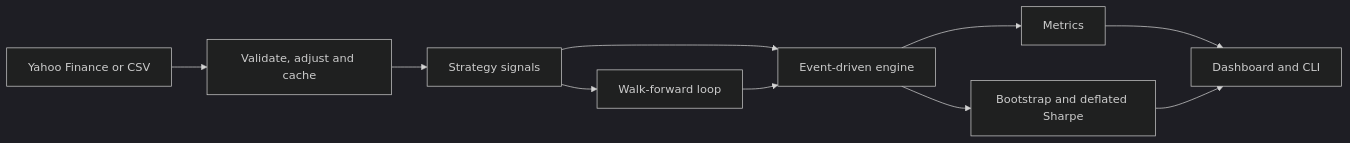
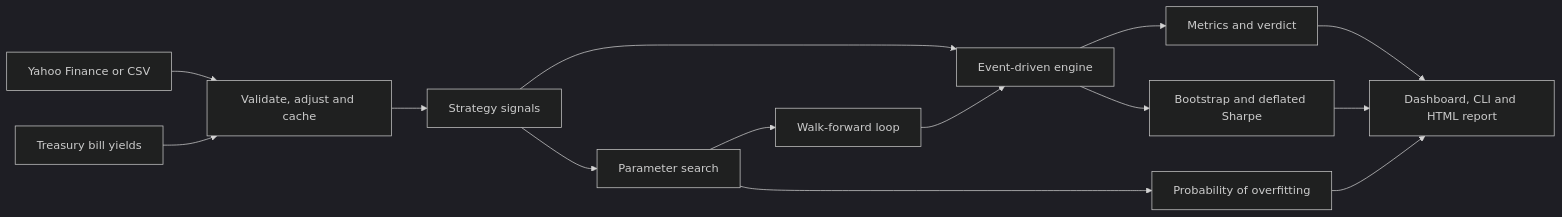
One commit to Elarionitis/TradStrat changed the diagram in README.md. Above: the diagram before and after it, drawn with Mermaid (dark theme). The commit also changed other lines of this file and 10 other files, not shown here.

First line of the commit message:
Rerun the research with Treasury bill cash and refresh the docs

````diff
--- a/README.md
+++ b/README.md
@@ -99,12 +158,16 @@
 ```mermaid
 flowchart LR
     A[Yahoo Finance or CSV] --> B[Validate, adjust and cache]
+    T[Treasury bill yields] --> B
     B --> C[Strategy signals]
     C --> D[Event-driven engine]
-    D --> E[Metrics]
+    D --> E[Metrics and verdict]
     D --> F[Bootstrap and deflated Sharpe]
-    C --> G[Walk-forward loop]
-    G --> D
-    E --> H[Dashboard and CLI]
-    F --> H
+    C --> G[Parameter search]
+    G --> H[Probability of overfitting]
+    G --> I[Walk-forward loop]
+    I --> D
+    E --> J[Dashboard, CLI and HTML report]
+    F --> J
+    H --> J
 ```
````
